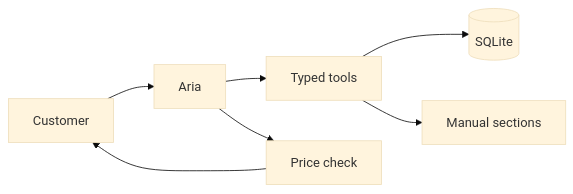
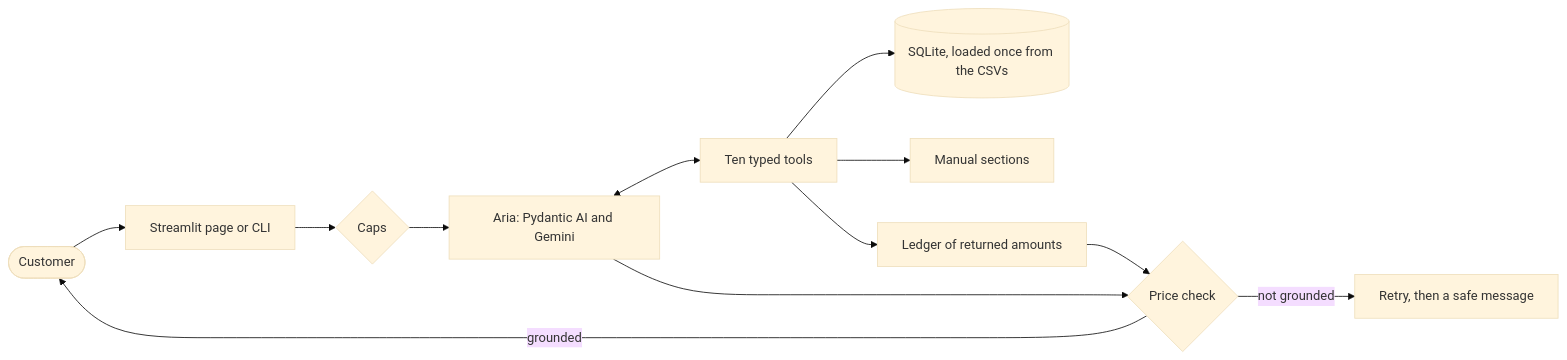
The diagram in README.md (melocalex/music-store-ai-agent), drawn with Mermaid (base theme) before and after one commit. The commit also changed other lines of this file and 8 other files, not shown here.

First line of the commit message:
docs(readme): rewrite the README and add setup, architecture, guardrails, and evals pages

````diff
--- a/README.md
+++ b/README.md
@@ -84,9 +109,14 @@
 ```mermaid
 flowchart LR
-  user[Customer] --> aria[Aria]
-  aria --> tools[Typed tools]
-  tools --> db[(SQLite)]
+  customer([Customer]) --> page[Streamlit page or CLI]
+  page --> caps{Caps}
+  caps --> aria[Aria: Pydantic AI and Gemini]
+  aria <--> tools[Ten typed tools]
+  tools --> db[(SQLite, loaded once from the CSVs)]
   tools --> manual[Manual sections]
-  aria --> check[Price check]
-  check --> user
+  tools --> ledger[Ledger of returned amounts]
+  aria --> check{Price check}
+  ledger --> check
+  check -- grounded --> customer
+  check -- not grounded --> retry[Retry, then a safe message]
 ```
````
